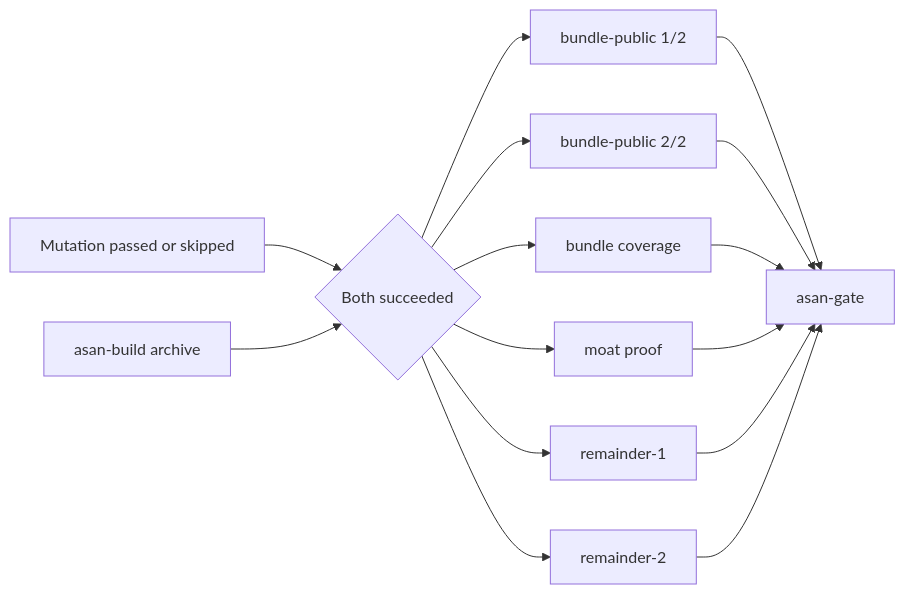
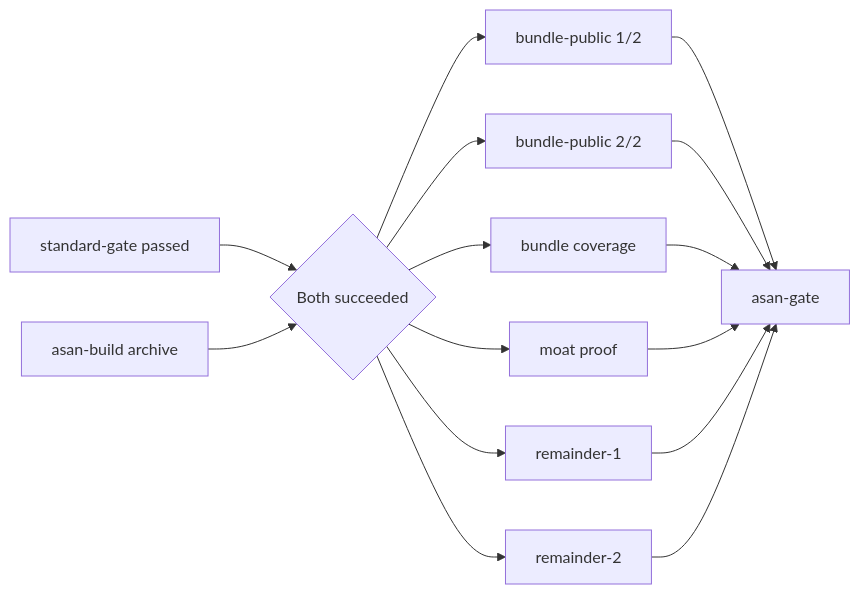
One commit to arceushui/pigloros changed the tenth of 14 diagrams in CONTRIBUTING.md. Above: the diagram before and after it, drawn with Mermaid. The commit also changed other lines of this file and 160 other files, not shown here.

````diff
--- a/CONTRIBUTING.md
+++ b/CONTRIBUTING.md
@@ -324,17 +332,17 @@
 ```mermaid
 flowchart LR
-    M["Mutation passed or skipped"] --> J{"Both succeeded"}
+    M["standard-gate passed"] --> J{"Both succeeded"}
     B["asan-build archive"] --> J
     J --> P1["bundle-public 1/2"]
     J --> P2["bundle-public 2/2"]
     J --> C["bundle coverage"]
     J --> O["moat proof"]
     J --> R1["remainder-1"]
     J --> R2["remainder-2"]
     P1 --> G["asan-gate"]
     P2 --> G
     C --> G
     O --> G
     R1 --> G
     R2 --> G
 ```
````
